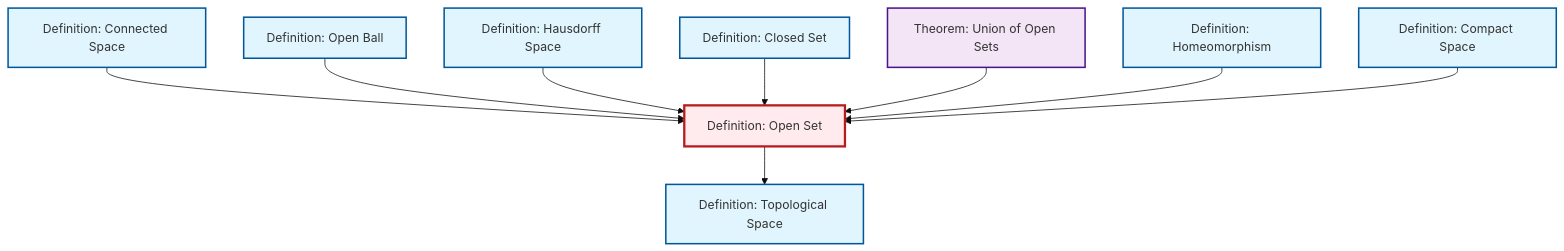
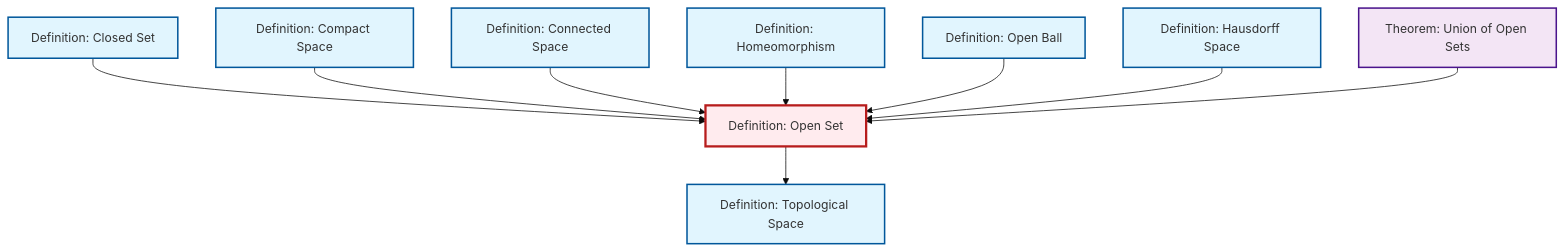
Before and after one commit to RK0429/ModernMath: the diagram in content/en/topology/def-open-set.qmd, drawn with Mermaid (base theme). The commit also changed other lines of this file and 672 other files, not shown here.

````diff
--- a/content/en/topology/def-open-set.qmd
+++ b/content/en/topology/def-open-set.qmd
@@ -54,35 +54,35 @@
 ```{mermaid}
 %%| fig-cap: "Local dependency graph"
 graph TD
     classDef definition fill:#e1f5fe,stroke:#01579b,stroke-width:2px
     classDef theorem fill:#f3e5f5,stroke:#4a148c,stroke-width:2px
     classDef axiom fill:#fff3e0,stroke:#e65100,stroke-width:2px
     classDef example fill:#e8f5e9,stroke:#1b5e20,stroke-width:2px
     classDef current fill:#ffebee,stroke:#b71c1c,stroke-width:3px
-    def-connected["Definition: Connected Space"]:::definition
-    def-open-set["Definition: Open Set"]:::definition
+    def-topological-space["Definition: Topological Space"]:::definition
+    def-compact["Definition: Compact Space"]:::definition
     def-homeomorphism["Definition: Homeomorphism"]:::definition
     def-open-ball["Definition: Open Ball"]:::definition
-    thm-union-open-sets["Theorem: Union of Open Sets"]:::theorem
-    def-topological-space["Definition: Topological Space"]:::definition
-    def-compact["Definition: Compact Space"]:::definition
     def-closed-set["Definition: Closed Set"]:::definition
     def-hausdorff["Definition: Hausdorff Space"]:::definition
+    thm-union-open-sets["Theorem: Union of Open Sets"]:::theorem
+    def-open-set["Definition: Open Set"]:::definition
+    def-connected["Definition: Connected Space"]:::definition
+    def-closed-set --> def-open-set
+    def-compact --> def-open-set
     def-connected --> def-open-set
+    def-homeomorphism --> def-open-set
+    def-open-set --> def-topological-space
     def-open-ball --> def-open-set
     def-hausdorff --> def-open-set
-    def-open-set --> def-topological-space
-    def-closed-set --> def-open-set
     thm-union-open-sets --> def-open-set
-    def-homeomorphism --> def-open-set
-    def-compact --> def-open-set
     class def-open-set current
-    click def-connected "def-connected.html" "Go to Connected Space definition"
+    click def-topological-space "def-topological-space.html" "Go to Topological Space definition"
+    click def-compact "def-compact.html" "Go to Compact Space definition"
     click def-homeomorphism "def-homeomorphism.html" "Go to Homeomorphism definition"
     click def-open-ball "def-open-ball.html" "Go to Open Ball definition"
-    click thm-union-open-sets "thm-union-open-sets.html" "Go to Union of Open Sets theorem"
-    click def-topological-space "def-topological-space.html" "Go to Topological Space definition"
-    click def-compact "def-compact.html" "Go to Compact Space definition"
     click def-closed-set "def-closed-set.html" "Go to Closed Set definition"
     click def-hausdorff "def-hausdorff.html" "Go to Hausdorff Space definition"
+    click thm-union-open-sets "thm-union-open-sets.html" "Go to Union of Open Sets theorem"
+    click def-connected "def-connected.html" "Go to Connected Space definition"
 ```
````
